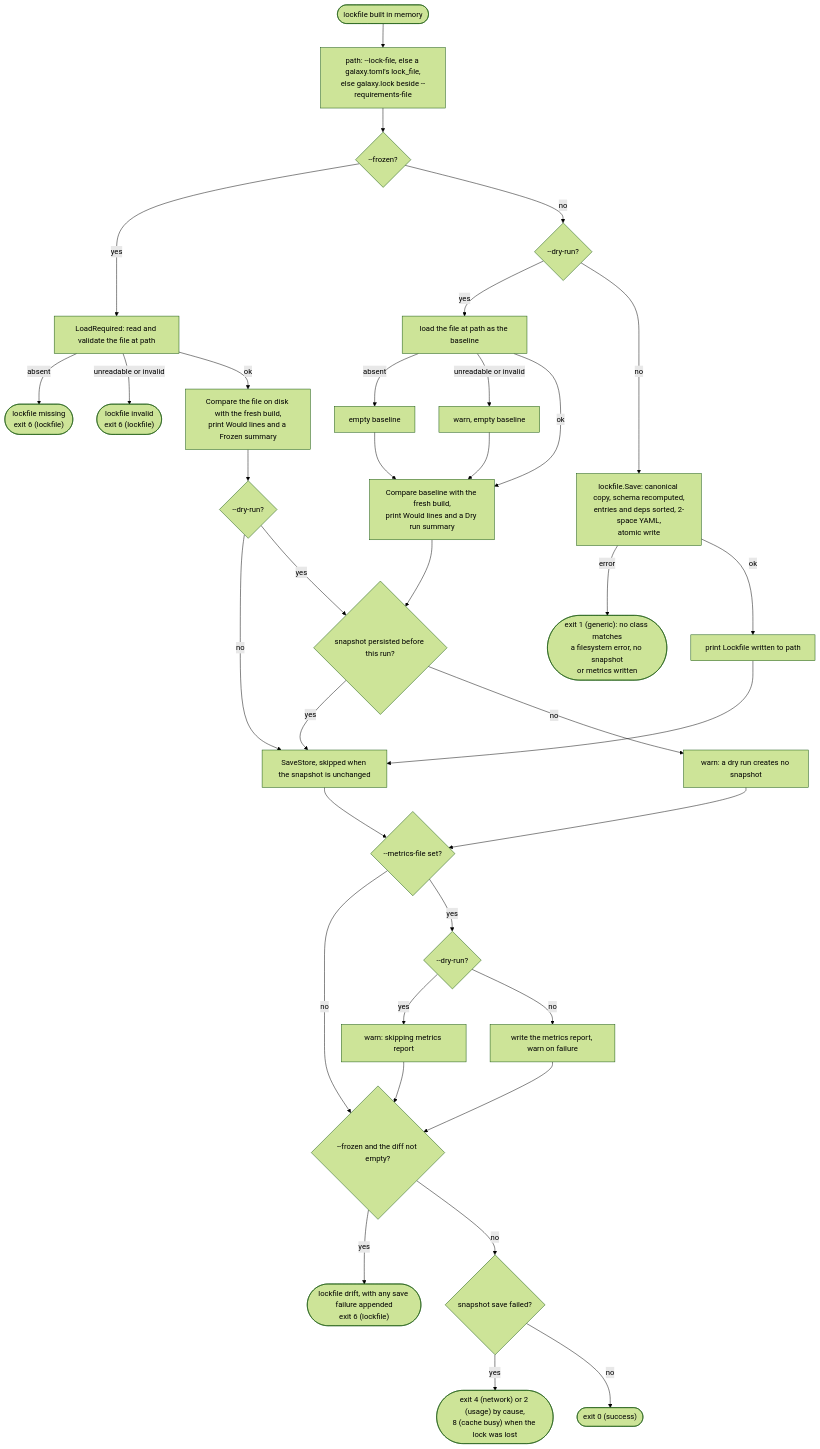
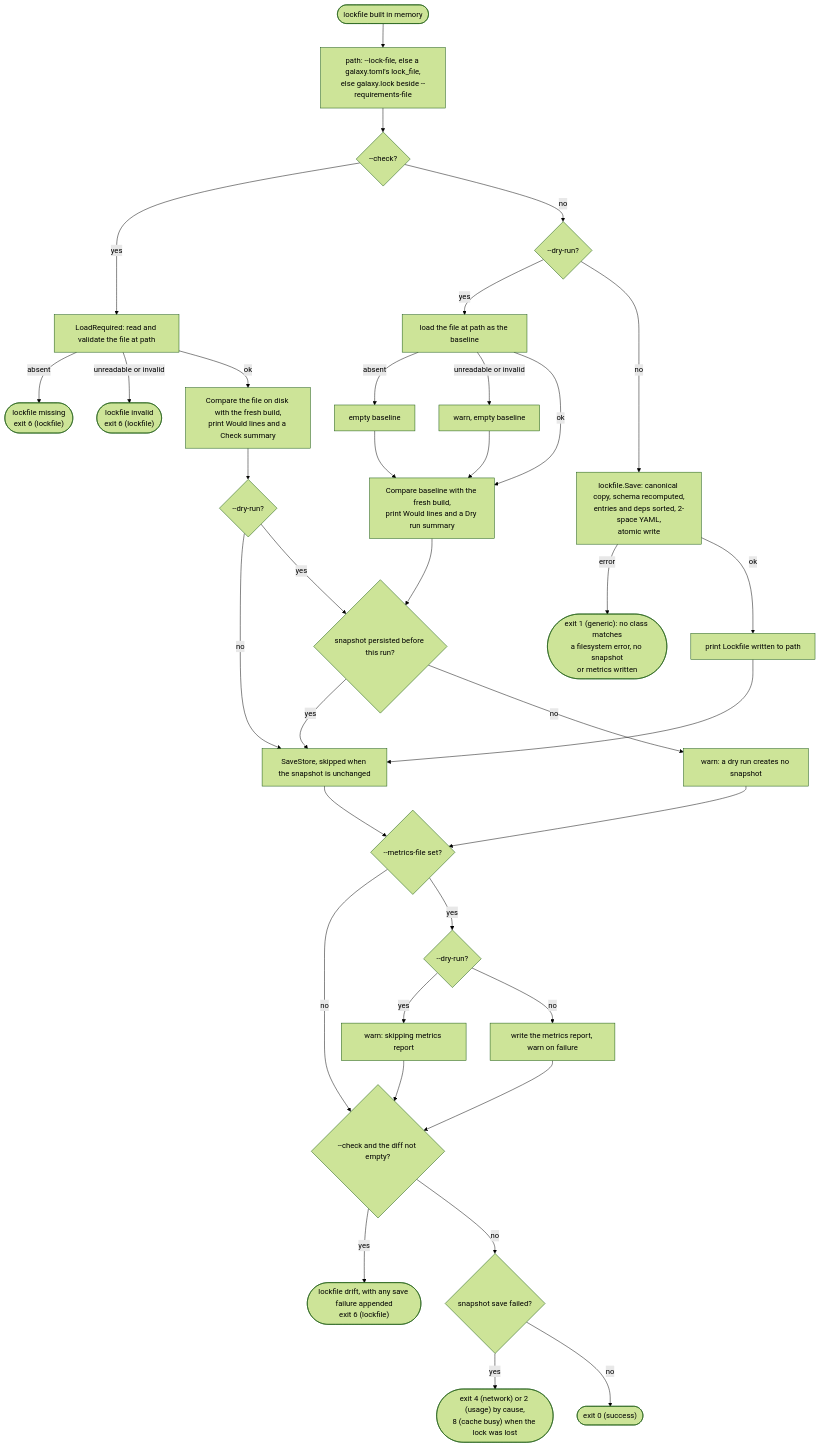
Diagram 23 of 49 in docs/commands.md (greeddj/go-galaxy), drawn with Mermaid (forest theme) before and after one commit. The commit also changed other lines of this file and 21 other files, not shown here.

First line of the commit message:
feat(collections)!: rename lock --frozen to lock --check

````diff
--- a/docs/commands.md
+++ b/docs/commands.md
@@ -1227,38 +1227,38 @@
 ```mermaid
 flowchart TD
     IN(["lockfile built in memory"]) --> PA["path: --lock-file, else a galaxy.toml's lock_file,<br/>else galaxy.lock beside --requirements-file"]
-    PA --> FR{"--frozen?"}
+    PA --> FR{"--check?"}
     FR -->|"yes"| LR["LoadRequired: read and validate the file at path"]
     LR -->|"absent"| XM(["lockfile missing<br/>exit 6 (lockfile)"])
     LR -->|"unreadable or invalid"| XI(["lockfile invalid<br/>exit 6 (lockfile)"])
-    LR -->|"ok"| CF["Compare the file on disk with the fresh build,<br/>print Would lines and a Frozen summary"]
+    LR -->|"ok"| CF["Compare the file on disk with the fresh build,<br/>print Would lines and a Check summary"]
     CF --> SD{"--dry-run?"}
     SD -->|"no"| SS
     SD -->|"yes"| WP
     FR -->|"no"| DR{"--dry-run?"}
     DR -->|"yes"| BL["load the file at path as the baseline"]
     BL -->|"absent"| BN["empty baseline"]
     BL -->|"unreadable or invalid"| BW["warn, empty baseline"]
     BL -->|"ok"| CD
     BN --> CD
     BW --> CD["Compare baseline with the fresh build,<br/>print Would lines and a Dry run summary"]
     CD --> WP{"snapshot persisted before this run?"}
     WP -->|"yes"| SS
     WP -->|"no"| WW["warn: a dry run creates no snapshot"]
     DR -->|"no"| SA["lockfile.Save: canonical copy, schema recomputed,<br/>entries and deps sorted, 2-space YAML,<br/>atomic write"]
     SA -->|"error"| XW(["exit 1 (generic): no class matches<br/>a filesystem error, no snapshot<br/>or metrics written"])
     SA -->|"ok"| OK1["print Lockfile written to path"]
     OK1 --> SS["SaveStore, skipped when the snapshot is unchanged"]
     SS --> MF
     WW --> MF{"--metrics-file set?"}
     MF -->|"no"| DF
     MF -->|"yes"| MD{"--dry-run?"}
     MD -->|"yes"| MW["warn: skipping metrics report"]
     MD -->|"no"| MR["write the metrics report, warn on failure"]
     MW --> DF
-    MR --> DF{"--frozen and the diff not empty?"}
+    MR --> DF{"--check and the diff not empty?"}
     DF -->|"yes"| XD(["lockfile drift, with any save failure appended<br/>exit 6 (lockfile)"])
     DF -->|"no"| SF{"snapshot save failed?"}
     SF -->|"yes"| XS(["exit 4 (network) or 2 (usage) by cause,<br/>8 (cache busy) when the lock was lost"])
     SF -->|"no"| X0(["exit 0 (success)"])
 ```
````
